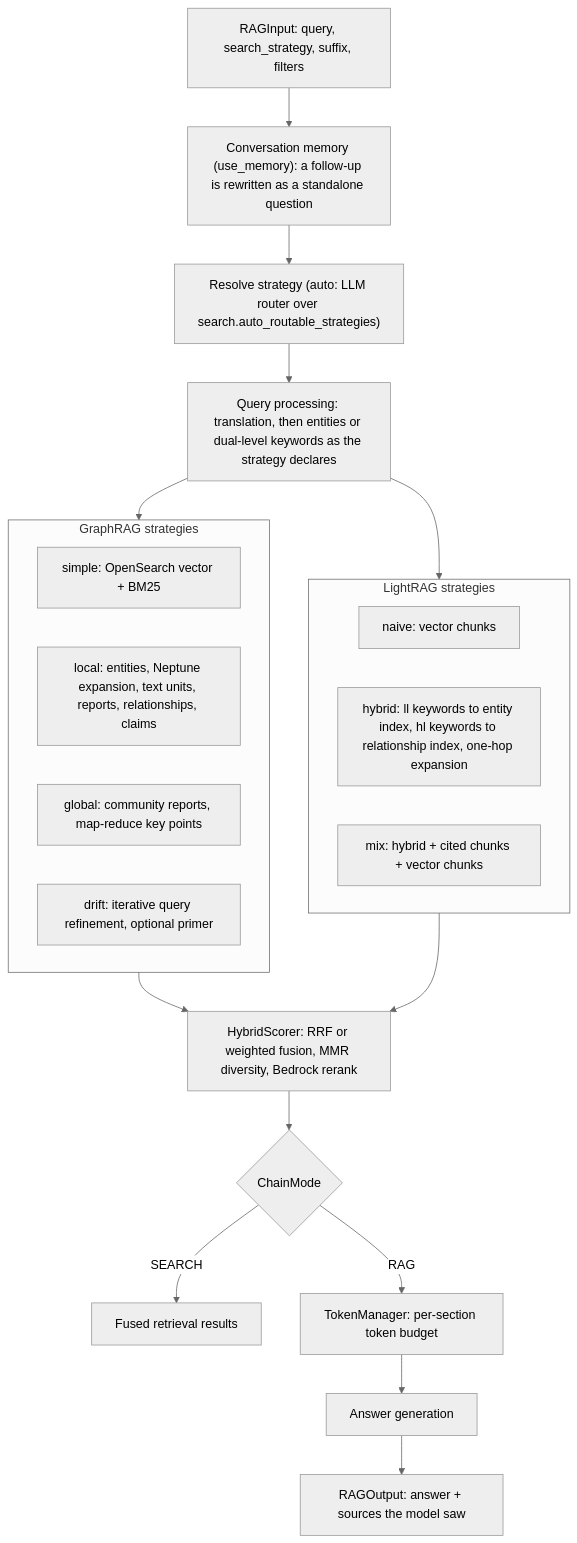
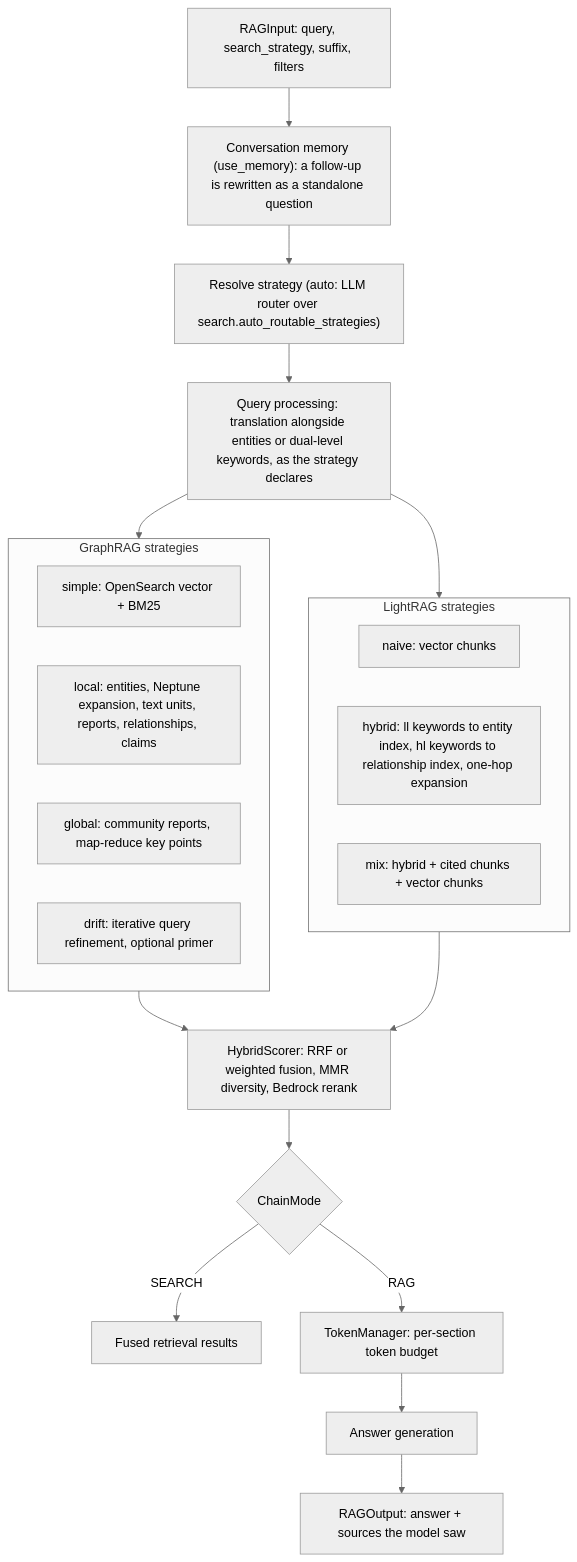
One commit to awslabs/unified-kg-rag-on-aws changed the third of 3 diagrams in docs/design.ko.md. Above: the diagram before and after it, drawn with Mermaid (neutral theme). The commit also changed 4 other files, not shown here.

First line of the commit message:
perf(retrieval): extract keywords alongside the query translation

````diff
--- a/docs/design.ko.md
+++ b/docs/design.ko.md
@@ -291,26 +291,26 @@
 ```mermaid
 flowchart TD
     input["RAGInput: query, search_strategy, suffix, filters"] --> memory["Conversation memory (use_memory): a follow-up is rewritten as a standalone question"]
     memory --> resolve["Resolve strategy (auto: LLM router over search.auto_routable_strategies)"]
-    resolve --> qp["Query processing: translation, then entities or dual-level keywords as the strategy declares"]
+    resolve --> qp["Query processing: translation alongside entities or dual-level keywords, as the strategy declares"]
     qp --> graphrag
     qp --> lightrag
     subgraph graphrag["GraphRAG strategies"]
         simple["simple: OpenSearch vector + BM25"]
         local["local: entities, Neptune expansion, text units, reports, relationships, claims"]
         global["global: community reports, map-reduce key points"]
         drift["drift: iterative query refinement, optional primer"]
     end
     subgraph lightrag["LightRAG strategies"]
         naive["naive: vector chunks"]
         hybrid["hybrid: ll keywords to entity index, hl keywords to relationship index, one-hop expansion"]
         mix["mix: hybrid + cited chunks + vector chunks"]
     end
     graphrag --> fuse["HybridScorer: RRF or weighted fusion, MMR diversity, Bedrock rerank"]
     lightrag --> fuse
     fuse --> mode{"ChainMode"}
     mode -- SEARCH --> results["Fused retrieval results"]
     mode -- RAG --> budget["TokenManager: per-section token budget"]
     budget --> answer["Answer generation"]
     answer --> output["RAGOutput: answer + sources the model saw"]
 ```
````
